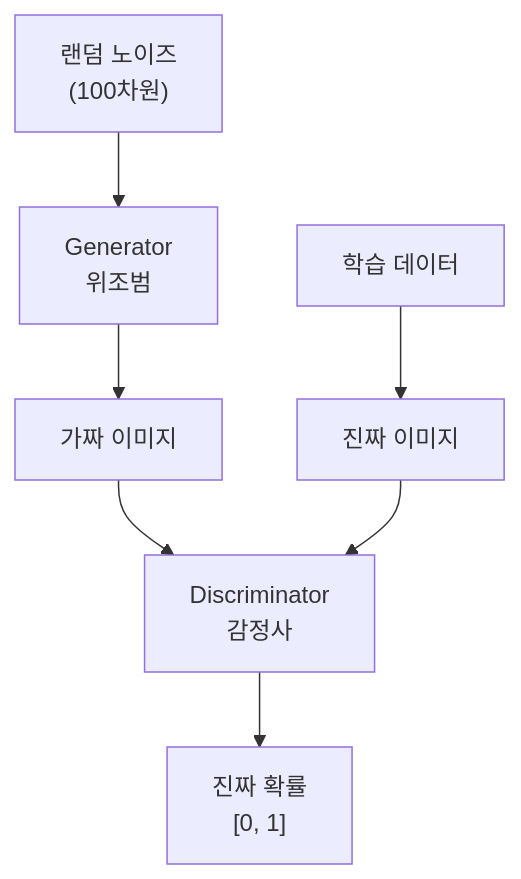
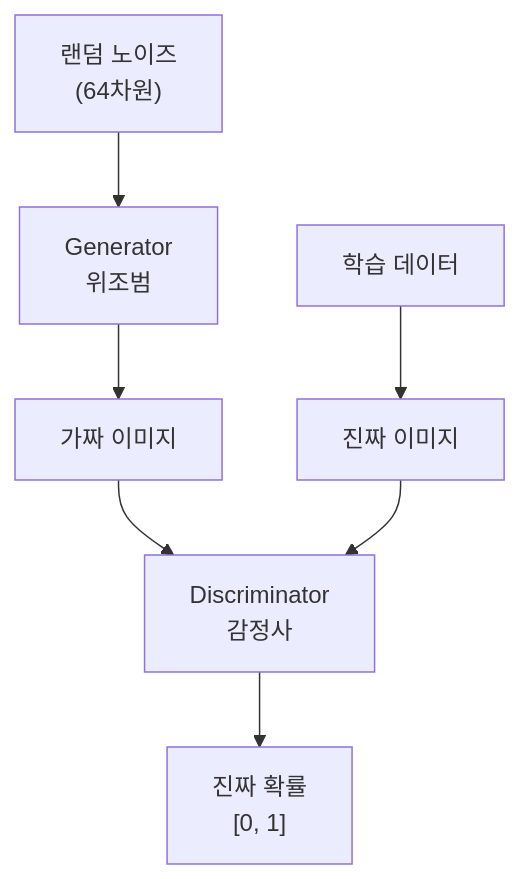
Before and after one commit to kenshin579/blog-v2.advenoh.pe.kr: the second of 4 diagrams in docs/start/딥러닝-기초-4-GAN으로-이미지-생성/index.md, drawn with Mermaid. The commit also changed other lines of this file and 3 other files, not shown here.

````diff
--- a/docs/start/딥러닝-기초-4-GAN으로-이미지-생성/index.md
+++ b/docs/start/딥러닝-기초-4-GAN으로-이미지-생성/index.md
@@ -48,9 +48,9 @@
 ```mermaid
 flowchart TB
-    Z["랜덤 노이즈<br/>(100차원)"] --> G["Generator<br/>위조범"]
+    Z["랜덤 노이즈<br/>(64차원)"] --> G["Generator<br/>위조범"]
     G --> FI["가짜 이미지"]
     RD["학습 데이터"] --> RI["진짜 이미지"]
     FI --> D["Discriminator<br/>감정사"]
     RI --> D
     D --> P["진짜 확률<br/>[0, 1]"]
 ```
````
